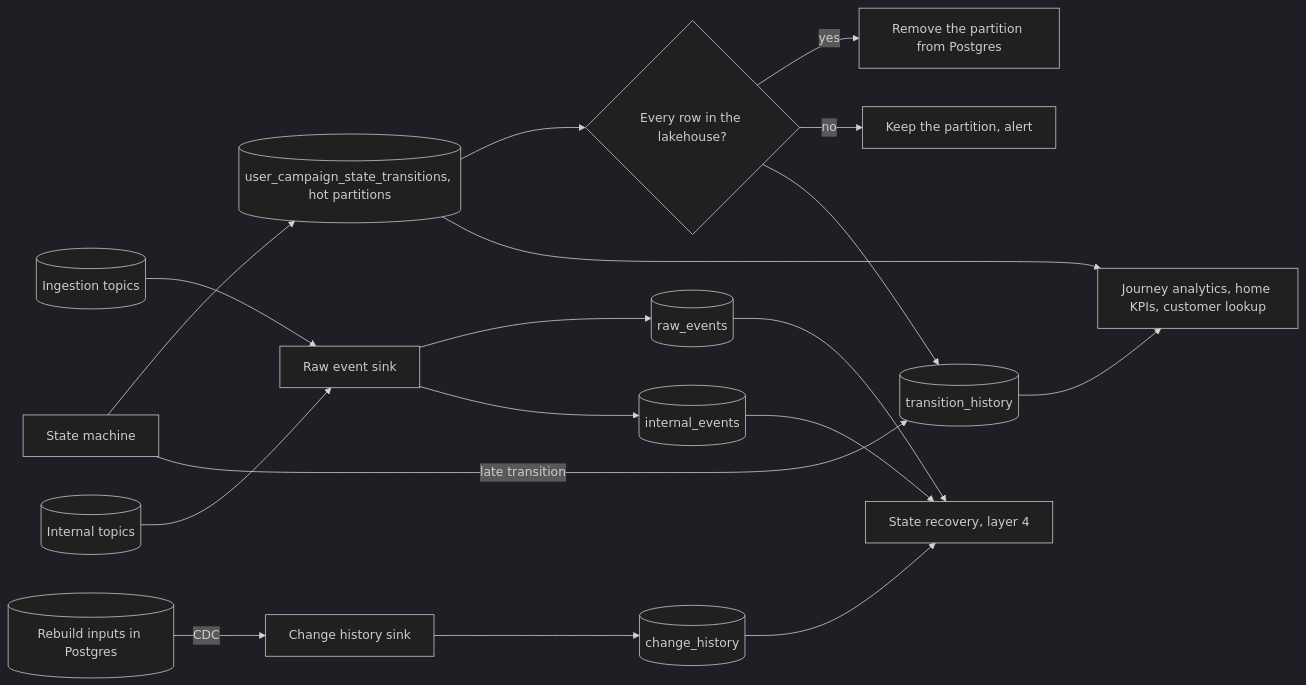
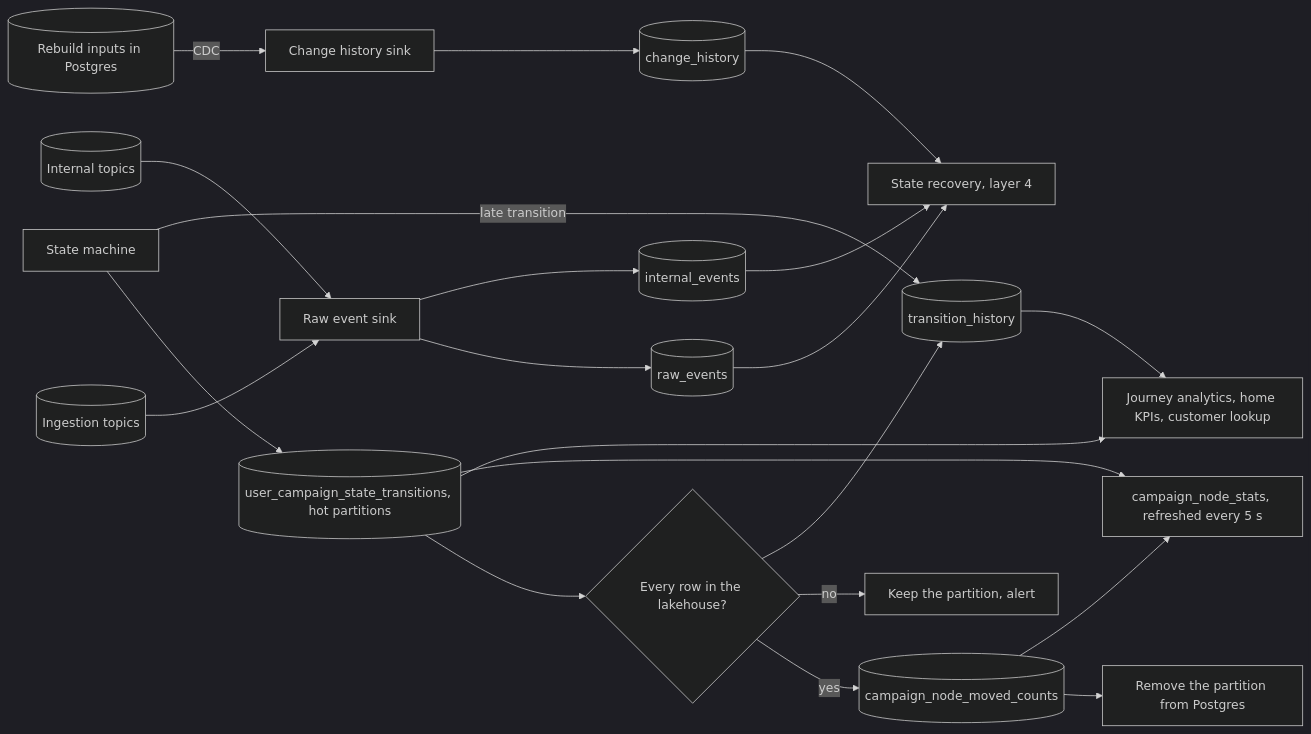
One commit to 18120158binh/salarose changed the diagram in docs/internal/architecture/components/lakehouse.md. Above: the diagram before and after it, drawn with Mermaid (dark theme). The commit also changed other lines of this file and 10 other files, not shown here.

First line of the commit message:
docs: campaign_node_stats as a materialized view over hot and moved counts

````diff
--- a/docs/internal/architecture/components/lakehouse.md
+++ b/docs/internal/architecture/components/lakehouse.md
@@ -69,20 +70,23 @@
 ```mermaid
 flowchart LR
 	topics[(Ingestion topics)] --> rawsink[Raw event sink]
 	rawsink --> raw[(raw_events)]
 	sm[State machine] --> hot[(user_campaign_state_transitions, hot partitions)]
 	sm -- late transition --> hist
 	hot --> move{Every row in the lakehouse?}
-	move -- yes --> drop[Remove the partition from Postgres]
+	move -- yes --> counts[(campaign_node_moved_counts)]
+	counts --> drop[Remove the partition from Postgres]
+	hot --> stats[campaign_node_stats, refreshed every 5 s]
+	counts --> stats
 	move -- no --> keep[Keep the partition, alert]
 	move --> hist[(transition_history)]
 	internal[(Internal topics)] --> rawsink
 	rawsink --> intev[(internal_events)]
 	pgin[(Rebuild inputs in Postgres)] -- CDC --> chsink[Change history sink]
 	chsink --> changes[(change_history)]
 	raw --> rebuild[State recovery, layer 4]
 	intev --> rebuild
 	changes --> rebuild
 	hot --> analytics[Journey analytics, home KPIs, customer lookup]
 	hist --> analytics
 ```
````
